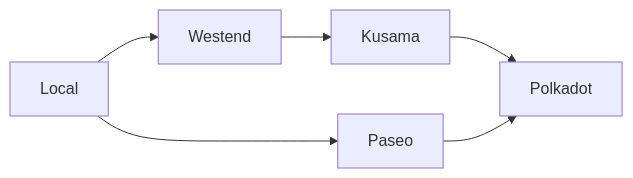
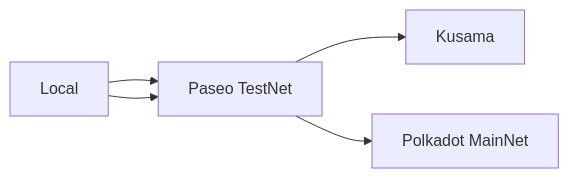
Before and after one commit to polkadot-developers/polkadot-docs: the diagram in reference/parachains/networks.md, drawn with Mermaid. The commit also changed other lines of this file, not shown here.

````diff
--- a/reference/parachains/networks.md
+++ b/reference/parachains/networks.md
@@ -17,5 +17,5 @@
 ``` mermaid
 flowchart LR
-    id1[Local] --> id2[Westend] --> id4[Kusama] --> id5[Polkadot]  
-    id1[Local] --> id3[Paseo] --> id5[Polkadot] 
+    id1[Local] --> id2[Paseo TestNet] --> id3[Kusama]
+    id1[Local] --> id2[Paseo TestNet] --> id4[Polkadot MainNet]
 ```
````
